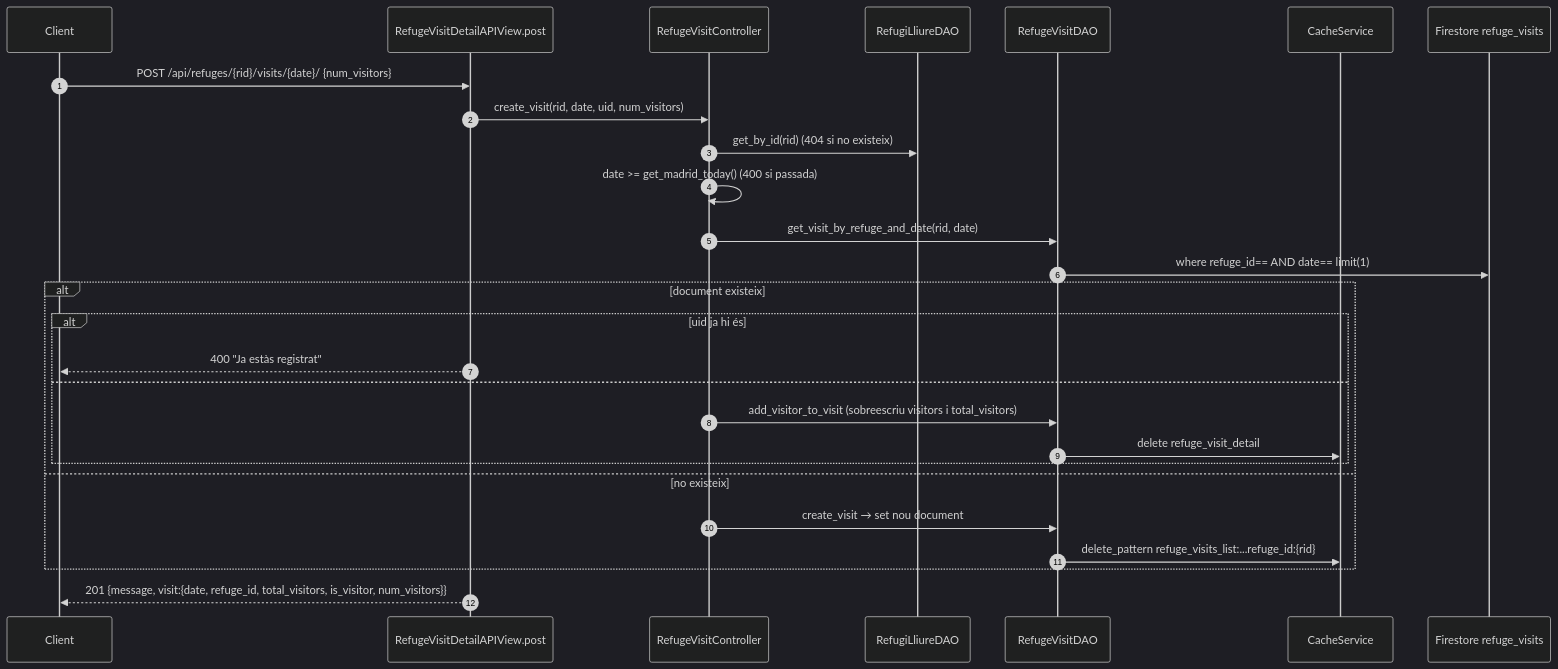
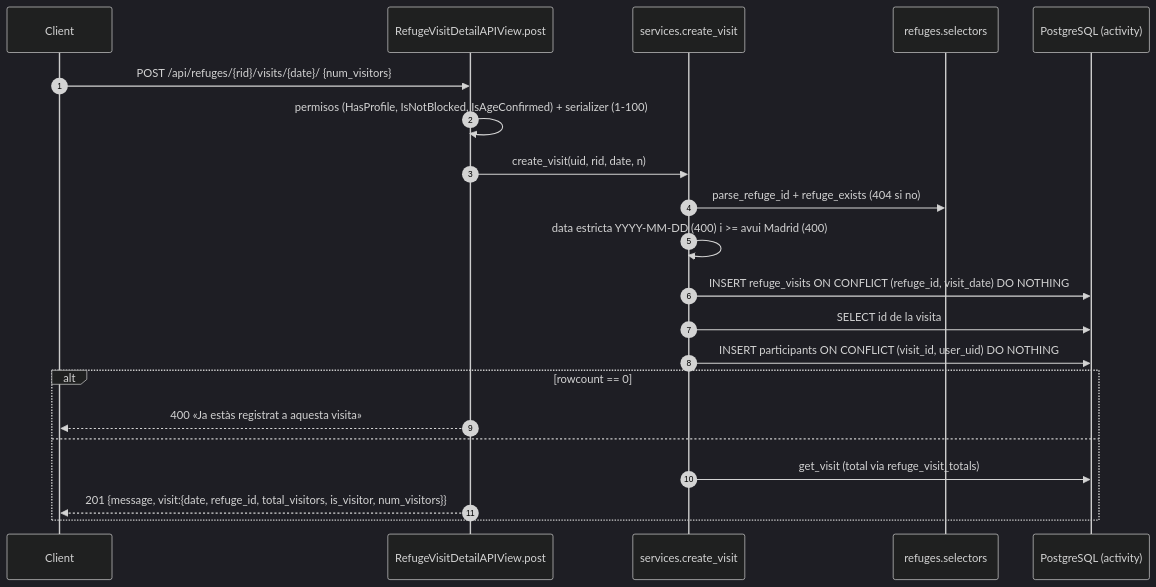
One commit to jordirev/RefugisLliures_Backend changed the first of 2 diagrams in docs/flows/06-refuge-visits.md. Above: the diagram before and after it, drawn with Mermaid (dark theme). The commit also changed other lines of this file and 10 other files, not shown here.

Commit message:
[Visites] docs: visites a PostgreSQL (flux 6, guia del job, ARCHITECTURE, integracions, GOTCHAS 63-65, TECH_DEBT M3/M4/B5/U3/U6)

````diff
--- a/docs/flows/06-refuge-visits.md
+++ b/docs/flows/06-refuge-visits.md
@@ -27,30 +45,24 @@
 ```mermaid
 sequenceDiagram
     autonumber
     participant C as Client
     participant V as RefugeVisitDetailAPIView.post
-    participant VC as RefugeVisitController
-    participant RD as RefugiLliureDAO
-    participant VD as RefugeVisitDAO
-    participant K as CacheService
-    participant F as Firestore refuge_visits
+    participant S as services.create_visit
+    participant R as refuges.selectors
+    participant DB as PostgreSQL (activity)
 
     C->>V: POST /api/refuges/{rid}/visits/{date}/ {num_visitors}
-    V->>VC: create_visit(rid, date, uid, num_visitors)
-    VC->>RD: get_by_id(rid) (404 si no existeix)
-    VC->>VC: date >= get_madrid_today() (400 si passada)
-    VC->>VD: get_visit_by_refuge_and_date(rid, date)
-    VD->>F: where refuge_id== AND date== limit(1)
-    alt document existeix
-        alt uid ja hi és
-            V-->>C: 400 "Ja estàs registrat"
-        else
-            VC->>VD: add_visitor_to_visit (sobreescriu visitors i total_visitors)
-            VD->>K: delete refuge_visit_detail
-        end
-    else no existeix
-        VC->>VD: create_visit → set nou document
-        VD->>K: delete_pattern refuge_visits_list:...refuge_id:{rid}
+    V->>V: permisos (HasProfile, IsNotBlocked, IsAgeConfirmed) + serializer (1-100)
+    V->>S: create_visit(uid, rid, date, n)
+    S->>R: parse_refuge_id + refuge_exists (404 si no)
+    S->>S: data estricta YYYY-MM-DD (400) i >= avui Madrid (400)
+    S->>DB: INSERT refuge_visits ON CONFLICT (refuge_id, visit_date) DO NOTHING
+    S->>DB: SELECT id de la visita
+    S->>DB: INSERT participants ON CONFLICT (visit_id, user_uid) DO NOTHING
+    alt rowcount == 0
+        V-->>C: 400 «Ja estàs registrat a aquesta visita»
+    else
+        S->>DB: get_visit (total via refuge_visit_totals)
+        V-->>C: 201 {message, visit:{date, refuge_id, total_visitors, is_visitor, num_visitors}}
     end
-    V-->>C: 201 {message, visit:{date, refuge_id, total_visitors, is_visitor, num_visitors}}
 ```
````
